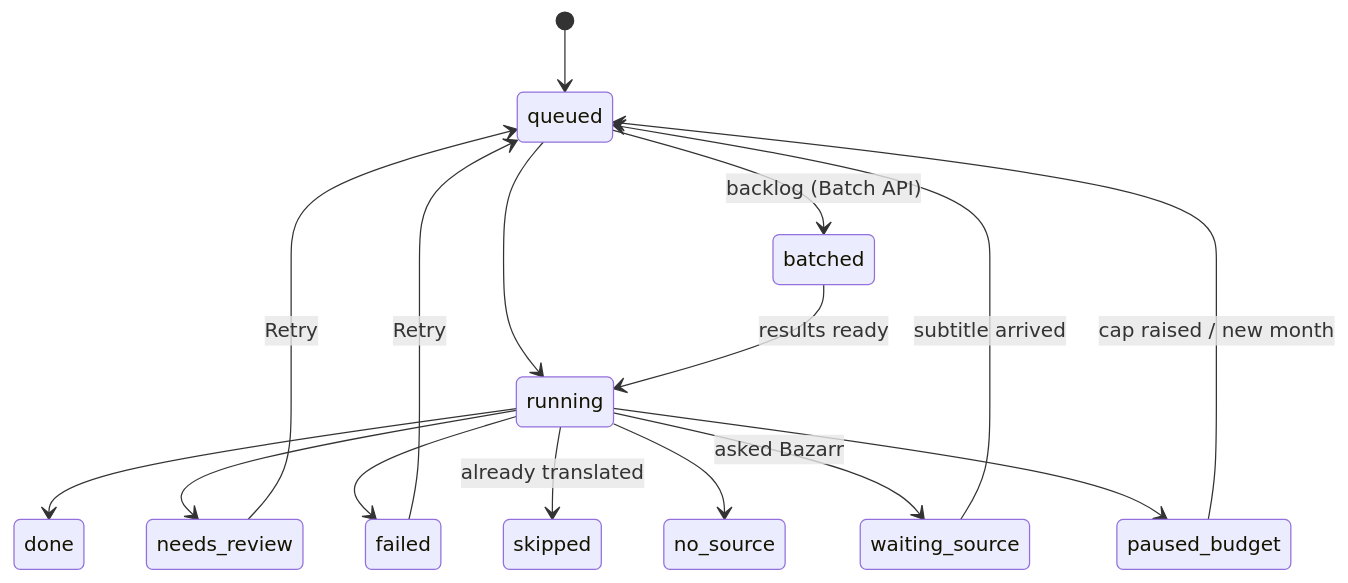
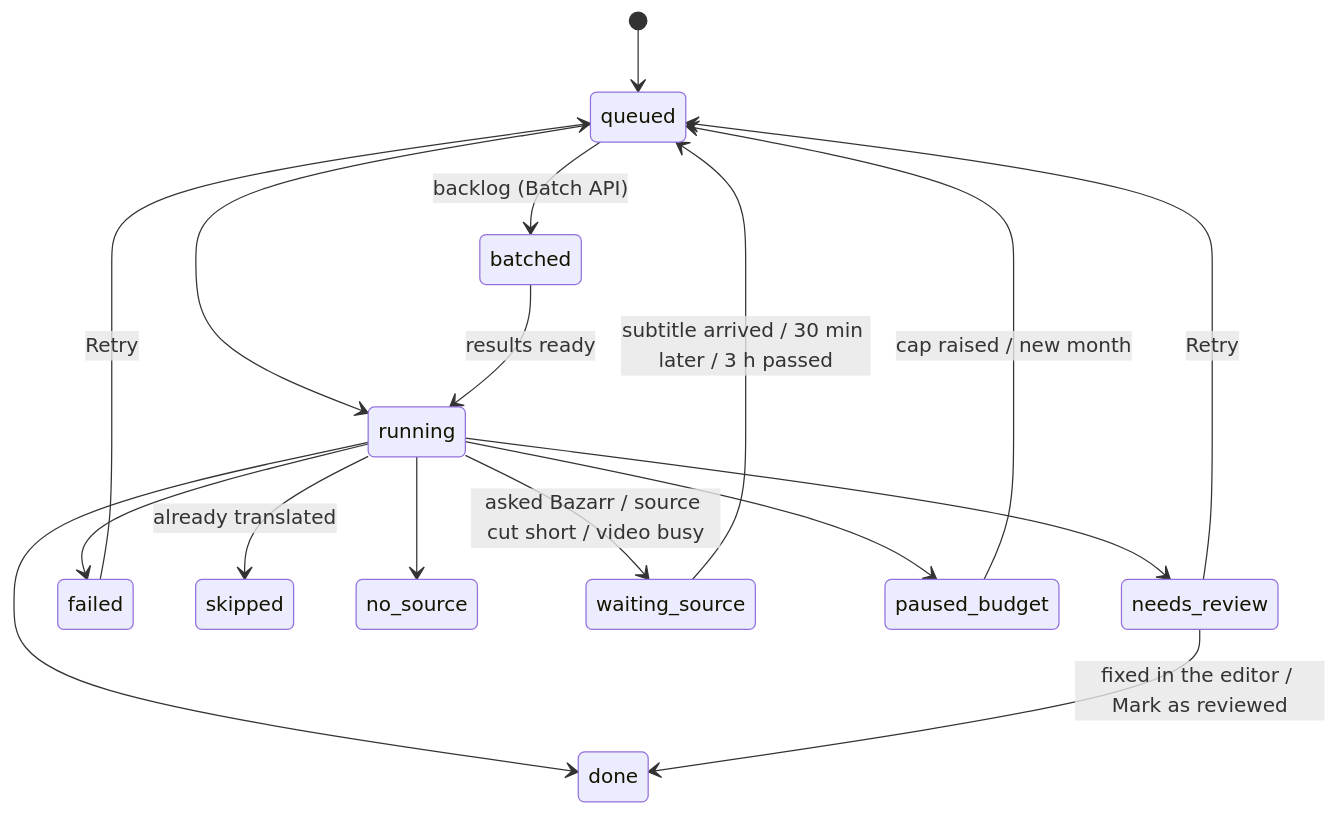
The fifth of 9 diagrams in docs/architecture.md (captionizerr/captionizerr), drawn with Mermaid before and after one commit. The commit also changed other lines of this file and 2 other files, not shown here.

Commit message:
Docs: editor and reviews, any target language, waiting reasons in the job-state diagram; site editor card
Claude-Session: https://claude.ai/code/session_01VKQMaZC829f1b45iqzX7Zz

````diff
--- a/docs/architecture.md
+++ b/docs/architecture.md
@@ -135,18 +135,19 @@
 ```mermaid
 stateDiagram-v2
     [*] --> queued
     queued --> running
     running --> done
     running --> needs_review
     running --> failed
     running --> skipped: already translated
     running --> no_source
-    running --> waiting_source: asked Bazarr
-    waiting_source --> queued: subtitle arrived
+    running --> waiting_source: asked Bazarr / source cut short / video busy
+    waiting_source --> queued: subtitle arrived / 30 min later / 3 h passed
     running --> paused_budget
     paused_budget --> queued: cap raised / new month
     queued --> batched: backlog (Batch API)
     batched --> running: results ready
     needs_review --> queued: Retry
+    needs_review --> done: fixed in the editor / Mark as reviewed
     failed --> queued: Retry
 ```
````
